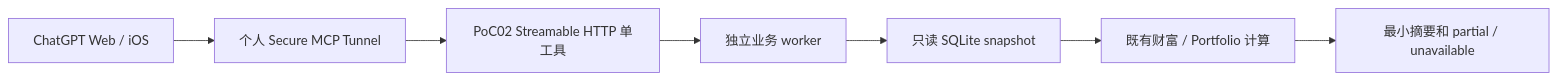
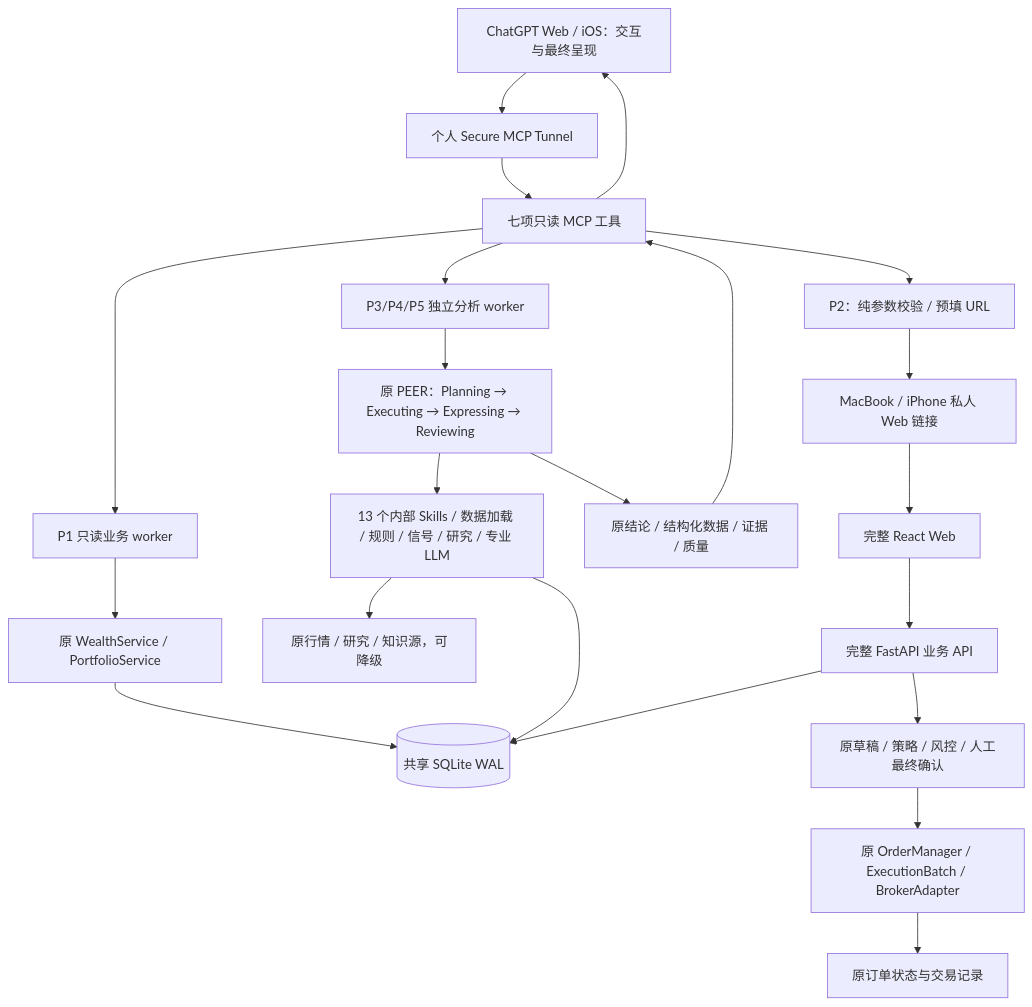
One commit to song-buaa/WealthPilot changed the diagram in docs/ARCHITECTURE_CURRENT.md. Above: the diagram before and after it, drawn with Mermaid. The commit also changed other lines of this file and 4 other files, not shown here.

Commit message:
docs: close WealthPilot 4.0 production architecture and release baseline

````diff
--- a/docs/ARCHITECTURE_CURRENT.md
+++ b/docs/ARCHITECTURE_CURRENT.md
@@ -26,9 +22,24 @@
 ```mermaid
-flowchart LR
-  Chat[ChatGPT Web / iOS] --> Tunnel[个人 Secure MCP Tunnel]
-  Tunnel --> MCP[PoC02 Streamable HTTP 单工具]
-  MCP --> Worker[独立业务 worker]
-  Worker --> Reader[只读 SQLite snapshot]
-  Reader --> Wealth[既有财富 / Portfolio 计算]
-  Wealth --> Quality[最小摘要和 partial / unavailable]
+flowchart TB
+  Chat[ChatGPT Web / iOS：交互与最终呈现] --> Tunnel[个人 Secure MCP Tunnel]
+  Tunnel --> MCP[七项只读 MCP 工具]
+  MCP --> ReadWorker[P1 只读业务 worker]
+  MCP --> AnalysisWorker[P3/P4/P5 独立分析 worker]
+  MCP --> URL[P2：纯参数校验 / 预填 URL]
+  ReadWorker --> Wealth[原 WealthService / PortfolioService]
+  AnalysisWorker --> PEER[原 PEER：Planning → Executing → Expressing → Reviewing]
+  PEER --> Skills[13 个内部 Skills / 数据加载 / 规则 / 信号 / 研究 / 专业 LLM]
+  Wealth --> DB[(共享 SQLite WAL)]
+  Skills --> DB
+  Skills --> Providers[原行情 / 研究 / 知识源，可降级]
+  PEER --> Result[原结论 / 结构化数据 / 证据 / 质量]
+  Result --> MCP
+  MCP --> Chat
+  URL --> Browser[MacBook / iPhone 私人 Web 链接]
+  Browser --> Web[完整 React Web]
+  Web --> API[完整 FastAPI 业务 API]
+  API --> DB
+  API --> Draft[原草稿 / 策略 / 风控 / 人工最终确认]
+  Draft --> Broker[原 OrderManager / ExecutionBatch / BrokerAdapter]
+  Broker --> Status[原订单状态与交易记录]
 ```
````
